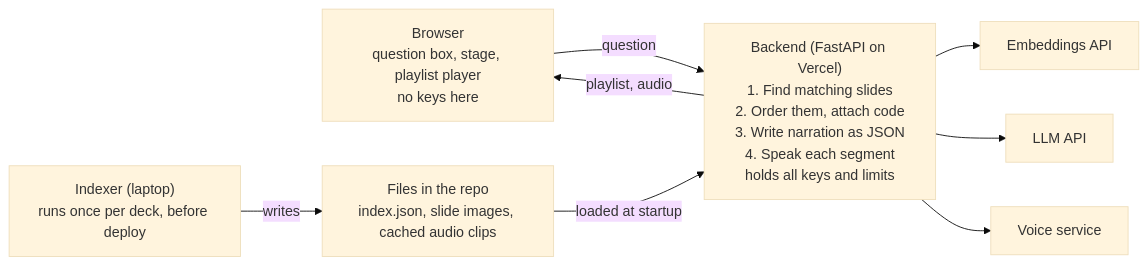
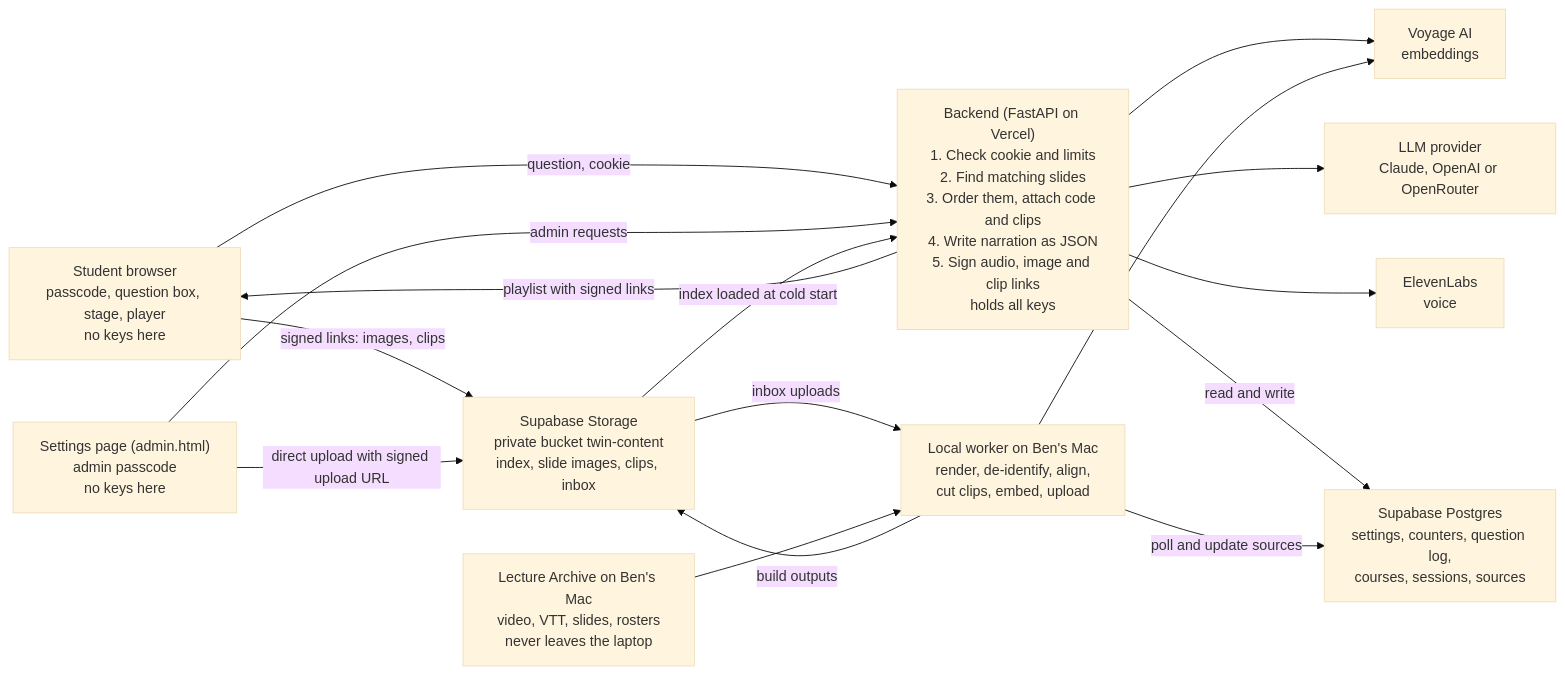
One commit to bcollier/faculty-twin changed the diagram in docs/SPEC.md. Above: the diagram before and after it, drawn with Mermaid (base theme). The commit also changed other lines of this file, not shown here.

First line of the commit message:
Update spec for two full courses, private content, clips, and Settings (#3)

````diff
--- a/docs/SPEC.md
+++ b/docs/SPEC.md
@@ -62,18 +159,29 @@
 ```mermaid
 flowchart LR
-    B["Browser<br/>question box, stage, playlist player<br/>no keys here"]
-    A["Backend (FastAPI on Vercel)<br/>1. Find matching slides<br/>2. Order them, attach code<br/>3. Write narration as JSON<br/>4. Speak each segment<br/>holds all keys and limits"]
-    E["Embeddings API"]
-    L["LLM API"]
-    V["Voice service"]
-    I["Indexer (laptop)<br/>runs once per deck, before deploy"]
-    C["Files in the repo<br/>index.json, slide images, cached audio clips"]
+    B["Student browser<br/>passcode, question box, stage, player<br/>no keys here"]
+    G["Settings page (admin.html)<br/>admin passcode<br/>no keys here"]
+    A["Backend (FastAPI on Vercel)<br/>1. Check cookie and limits<br/>2. Find matching slides<br/>3. Order them, attach code and clips<br/>4. Write narration as JSON<br/>5. Sign audio, image and clip links<br/>holds all keys"]
+    E["Voyage AI<br/>embeddings"]
+    L["LLM provider<br/>Claude, OpenAI or OpenRouter"]
+    V["ElevenLabs<br/>voice"]
+    S["Supabase Storage<br/>private bucket twin-content<br/>index, slide images, clips, inbox"]
+    P["Supabase Postgres<br/>settings, counters, question log,<br/>courses, sessions, sources"]
+    W["Local worker on Ben's Mac<br/>render, de-identify, align,<br/>cut clips, embed, upload"]
+    R["Lecture Archive on Ben's Mac<br/>video, VTT, slides, rosters<br/>never leaves the laptop"]
 
-    B -- question --> A
-    A -- "playlist, audio" --> B
+    B -- "question, cookie" --> A
+    A -- "playlist with signed links" --> B
+    B -- "signed links: images, clips" --> S
+    G -- "admin requests" --> A
+    G -- "direct upload with signed upload URL" --> S
     A --> E
     A --> L
     A --> V
-    I -- writes --> C
-    C -- "loaded at startup" --> A
+    A -- "read and write" --> P
+    S -- "index loaded at cold start" --> A
+    W -- "poll and update sources" --> P
+    S -- "inbox uploads" --> W
+    R --> W
+    W --> E
+    W -- "build outputs" --> S
 ```
````
